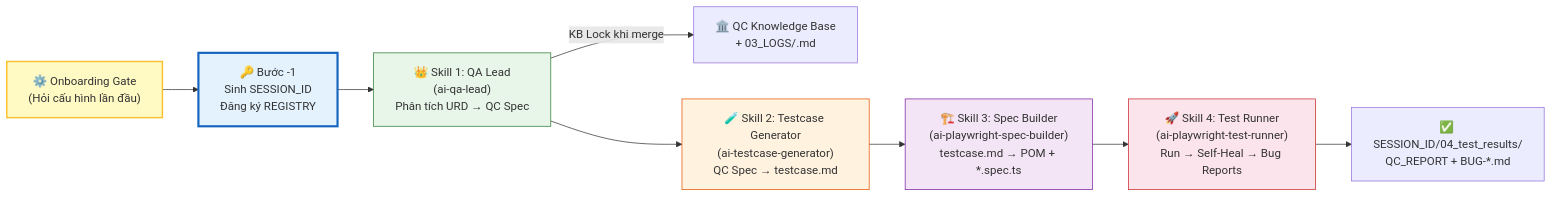
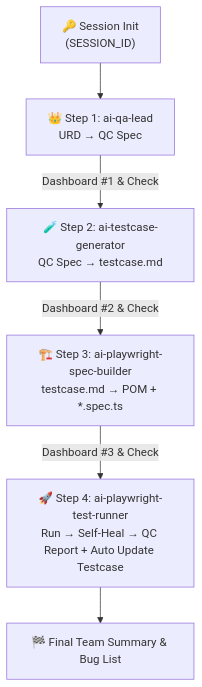
Before and after one commit to tibe2109/qc-playwright-workflow: the diagram in skills/qc-pipeline-orchestrator/SKILL.md, drawn with Mermaid. The commit also changed other lines of this file and 4 other files, not shown here.

Commit message:
feat: add Team Progress Dashboard, modular single-responsibility execution, and zero hallucination rules across all skills

````diff
--- a/skills/qc-pipeline-orchestrator/SKILL.md
+++ b/skills/qc-pipeline-orchestrator/SKILL.md
@@ -80,18 +62,8 @@
 ```mermaid
-graph LR
-    OB["⚙️ Onboarding Gate<br/>(Hỏi cấu hình lần đầu)"]
-    INIT["🔑 Bước -1<br/>Sinh SESSION_ID<br/>Đăng ký REGISTRY"]
-    OB --> INIT
-    INIT --> S1["👑 Skill 1: QA Lead<br/>(ai-qa-lead)<br/>Phân tích URD → QC Spec"]
-    S1 -->|"KB Lock khi merge"| KB["🏛️ QC Knowledge Base<br/>+ 03_LOGS/<SESSION_ID>.md"]
-    S1 --> S2["🧪 Skill 2: Testcase Generator<br/>(ai-testcase-generator)<br/>QC Spec → testcase.md"]
-    S2 --> S3["🏗️ Skill 3: Spec Builder<br/>(ai-playwright-spec-builder)<br/>testcase.md → POM + *.spec.ts"]
-    S3 --> S4["🚀 Skill 4: Test Runner<br/>(ai-playwright-test-runner)<br/>Run → Self-Heal → Bug Reports"]
-    S4 --> OUT["✅ SESSION_ID/04_test_results/<br/>QC_REPORT + BUG-*.md"]
-    style OB fill:#fff9c4,stroke:#fbc02d,stroke-width:2px
-    style INIT fill:#e3f2fd,stroke:#1565c0,stroke-width:3px
-    style S1 fill:#e8f5e9,stroke:#2e7d32
-    style S2 fill:#fff3e0,stroke:#e65100
-    style S3 fill:#f3e5f5,stroke:#7b1fa2
-    style S4 fill:#fce4ec,stroke:#c62828
+graph TD
+    INIT["🔑 Session Init<br/>(SESSION_ID)"] --> S1["👑 Step 1: ai-qa-lead<br/>URD → QC Spec"]
+    S1 -->|"Dashboard #1 & Check"| S2["🧪 Step 2: ai-testcase-generator<br/>QC Spec → testcase.md"]
+    S2 -->|"Dashboard #2 & Check"| S3["🏗️ Step 3: ai-playwright-spec-builder<br/>testcase.md → POM + *.spec.ts"]
+    S3 -->|"Dashboard #3 & Check"| S4["🚀 Step 4: ai-playwright-test-runner<br/>Run → Self-Heal → QC Report + Auto Update Testcase"]
+    S4 --> FINAL["🏁 Final Team Summary & Bug List"]
 ```
````
